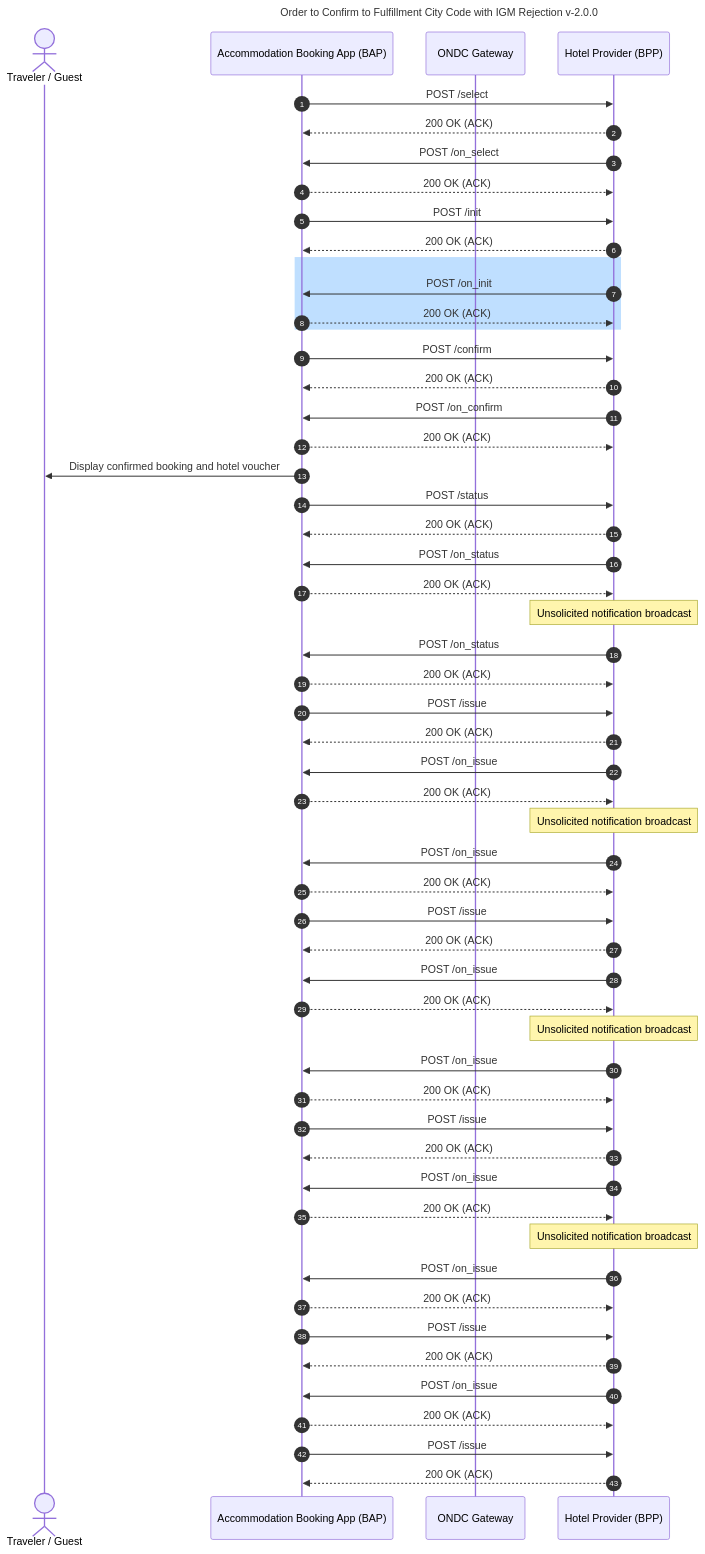
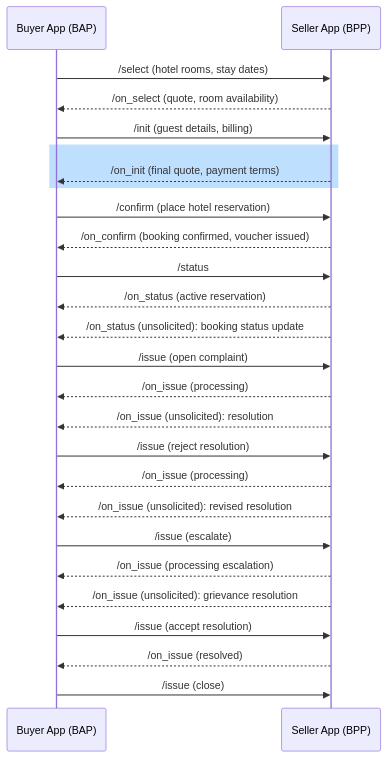
The fourth of 21 diagrams in config/docs/order-to-confirm-to-fulfillment-city-code-with-igm-rejection-v-2-0-0-sequence-diagrams.md (ONDC-Official/automation-specifications), drawn with Mermaid before and after one commit. The commit also changed other lines of this file and 9 other files, not shown here.

````diff
--- a/config/docs/order-to-confirm-to-fulfillment-city-code-with-igm-rejection-v-2-0-0-sequence-diagrams.md
+++ b/config/docs/order-to-confirm-to-fulfillment-city-code-with-igm-rejection-v-2-0-0-sequence-diagrams.md
@@ -199,59 +105,28 @@
 ```mermaid
 sequenceDiagram
-    title Order to Confirm to Fulfillment City Code with IGM Rejection v-2.0.0
-    autonumber
-    actor User as Traveler / Guest
-    participant BAP as Accommodation Booking App (BAP)
-    participant BG as ONDC Gateway
-    participant BPP as Hotel Provider (BPP)
-
-    BAP->>BPP: POST /select
-    BPP-->>BAP: 200 OK (ACK)
-    BPP->>BAP: POST /on_select
-    BAP-->>BPP: 200 OK (ACK)
-    BAP->>BPP: POST /init
-    BPP-->>BAP: 200 OK (ACK)
-    rect rgb(191, 223, 255)
-    BPP->>BAP: POST /on_init
-    BAP-->>BPP: 200 OK (ACK)
-    end
-    BAP->>BPP: POST /confirm
-    BPP-->>BAP: 200 OK (ACK)
-    BPP->>BAP: POST /on_confirm
-    BAP-->>BPP: 200 OK (ACK)
-    BAP->>User: Display confirmed booking and hotel voucher
-    BAP->>BPP: POST /status
-    BPP-->>BAP: 200 OK (ACK)
-    BPP->>BAP: POST /on_status
-    BAP-->>BPP: 200 OK (ACK)
-    Note over BPP: Unsolicited notification broadcast
-    BPP->>BAP: POST /on_status
-    BAP-->>BPP: 200 OK (ACK)
-    BAP->>BPP: POST /issue
-    BPP-->>BAP: 200 OK (ACK)
-    BPP->>BAP: POST /on_issue
-    BAP-->>BPP: 200 OK (ACK)
-    Note over BPP: Unsolicited notification broadcast
-    BPP->>BAP: POST /on_issue
-    BAP-->>BPP: 200 OK (ACK)
-    BAP->>BPP: POST /issue
-    BPP-->>BAP: 200 OK (ACK)
-    BPP->>BAP: POST /on_issue
-    BAP-->>BPP: 200 OK (ACK)
-    Note over BPP: Unsolicited notification broadcast
-    BPP->>BAP: POST /on_issue
-    BAP-->>BPP: 200 OK (ACK)
-    BAP->>BPP: POST /issue
-    BPP-->>BAP: 200 OK (ACK)
-    BPP->>BAP: POST /on_issue
-    BAP-->>BPP: 200 OK (ACK)
-    Note over BPP: Unsolicited notification broadcast
-    BPP->>BAP: POST /on_issue
-    BAP-->>BPP: 200 OK (ACK)
-    BAP->>BPP: POST /issue
-    BPP-->>BAP: 200 OK (ACK)
-    BPP->>BAP: POST /on_issue
-    BAP-->>BPP: 200 OK (ACK)
-    BAP->>BPP: POST /issue
-    BPP-->>BAP: 200 OK (ACK)
+  participant Buyer App (BAP)
+  participant Seller App (BPP)
+  Buyer App (BAP)->>Seller App (BPP): /select (hotel rooms, stay dates)
+  Seller App (BPP)-->>Buyer App (BAP): /on_select (quote, room availability)
+  Buyer App (BAP)->>Seller App (BPP): /init (guest details, billing)
+  rect rgb(191, 223, 255)
+  Seller App (BPP)-->>Buyer App (BAP): /on_init (final quote, payment terms)
+  end
+  Buyer App (BAP)->>Seller App (BPP): /confirm (place hotel reservation)
+  Seller App (BPP)-->>Buyer App (BAP): /on_confirm (booking confirmed, voucher issued)
+  Buyer App (BAP)->>Seller App (BPP): /status
+  Seller App (BPP)-->>Buyer App (BAP): /on_status (active reservation)
+  Seller App (BPP)-->>Buyer App (BAP): /on_status (unsolicited): booking status update
+  Buyer App (BAP)->>Seller App (BPP): /issue (open complaint)
+  Seller App (BPP)-->>Buyer App (BAP): /on_issue (processing)
+  Seller App (BPP)-->>Buyer App (BAP): /on_issue (unsolicited): resolution
+  Buyer App (BAP)->>Seller App (BPP): /issue (reject resolution)
+  Seller App (BPP)-->>Buyer App (BAP): /on_issue (processing)
+  Seller App (BPP)-->>Buyer App (BAP): /on_issue (unsolicited): revised resolution
+  Buyer App (BAP)->>Seller App (BPP): /issue (escalate)
+  Seller App (BPP)-->>Buyer App (BAP): /on_issue (processing escalation)
+  Seller App (BPP)-->>Buyer App (BAP): /on_issue (unsolicited): grievance resolution
+  Buyer App (BAP)->>Seller App (BPP): /issue (accept resolution)
+  Seller App (BPP)-->>Buyer App (BAP): /on_issue (resolved)
+  Buyer App (BAP)->>Seller App (BPP): /issue (close)
 ```
````
